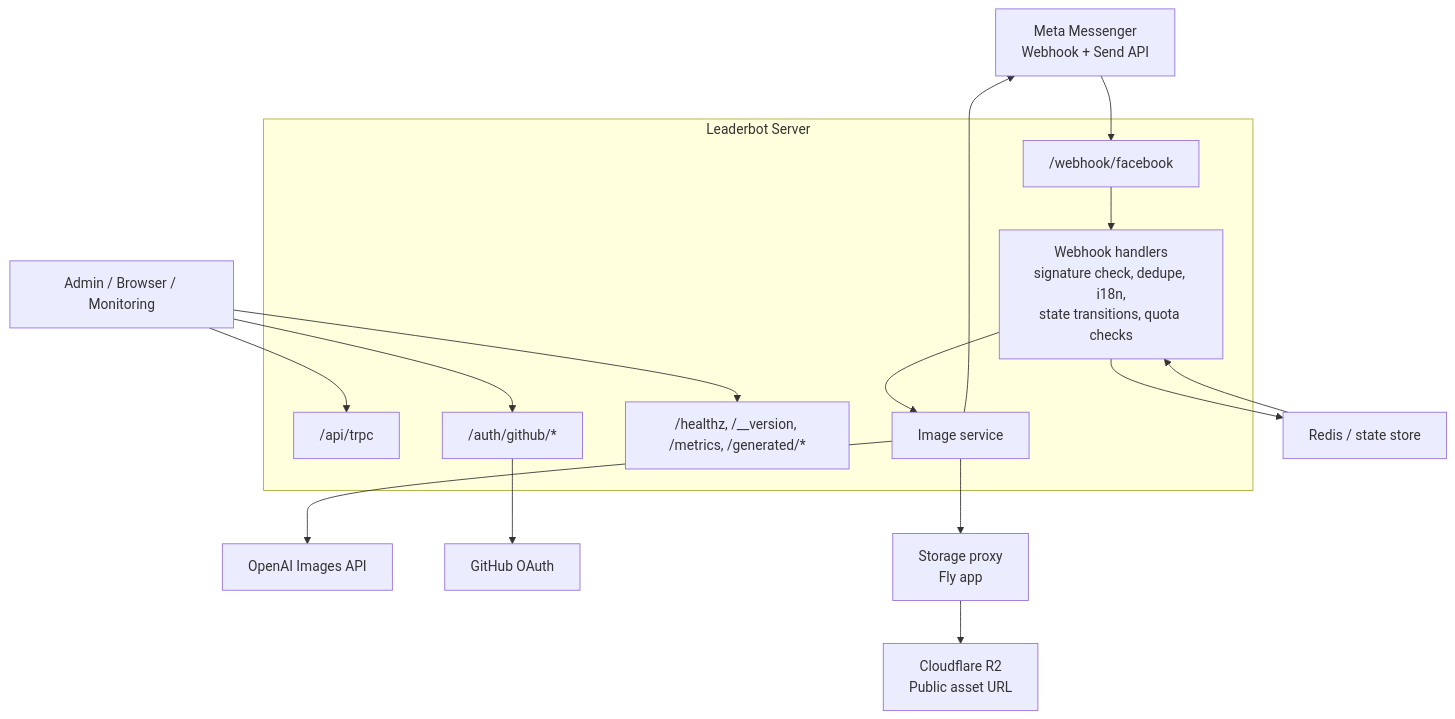
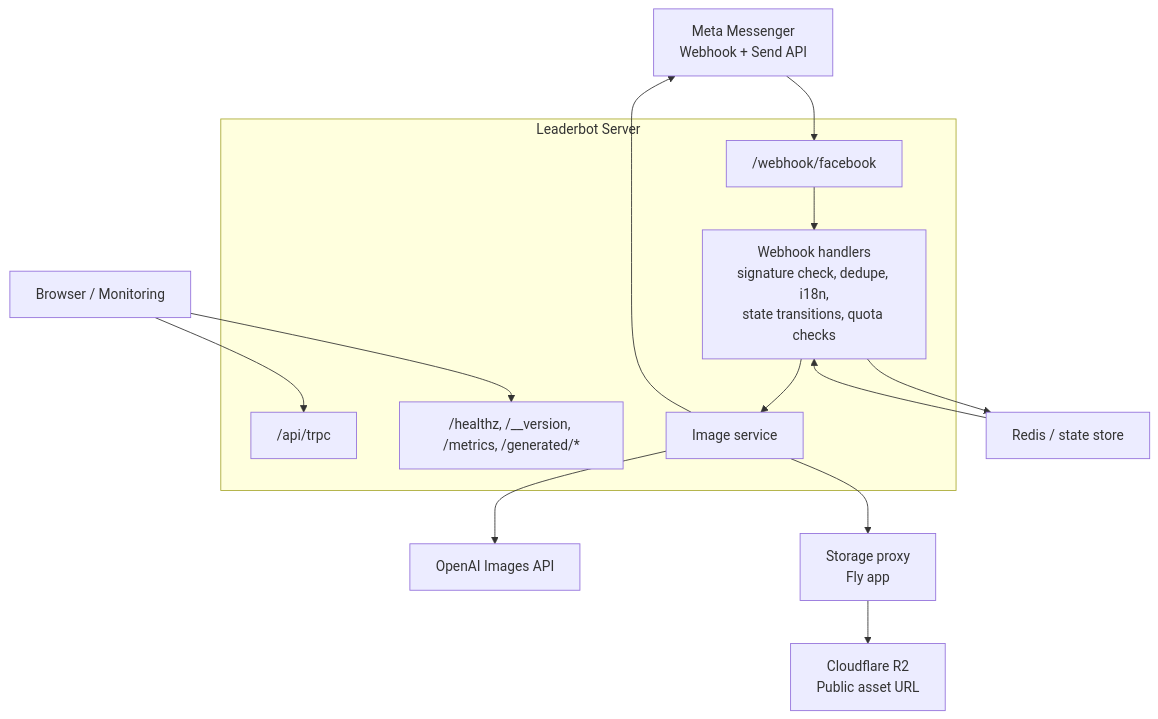
Before and after one commit to Dj-Shortcut/leaderbot-fb-image-gen: the diagram in docs/architecture.md, drawn with Mermaid. The commit also changed other lines of this file and 6 other files, not shown here.

Commit message:
remove-github-admin-surface

````diff
--- a/docs/architecture.md
+++ b/docs/architecture.md
@@ -80,35 +79,31 @@
 ```mermaid
 flowchart TD
     mm["Meta Messenger<br/>Webhook + Send API"]
-    ua["Admin / Browser / Monitoring"]
+    ua["Browser / Monitoring"]
 
     subgraph lb["Leaderbot Server"]
         wh["/webhook/facebook"]
         trpc["/api/trpc"]
-        auth["/auth/github/*"]
         ops["/healthz, /__version, /metrics, /generated/*"]
         handlers["Webhook handlers<br/>signature check, dedupe, i18n,<br/>state transitions, quota checks"]
         img["Image service"]
     end
 
     redis["Redis / state store"]
     openai["OpenAI Images API"]
-    github["GitHub OAuth"]
     proxy["Storage proxy<br/>Fly app"]
     r2["Cloudflare R2<br/>Public asset URL"]
 
     mm --> wh
     wh --> handlers
     handlers --> img
     handlers --> redis
     redis --> handlers
     img --> openai
     img --> proxy
     proxy --> r2
     img --> mm
 
     ua --> trpc
-    ua --> auth
     ua --> ops
-    auth --> github
 ```
````
